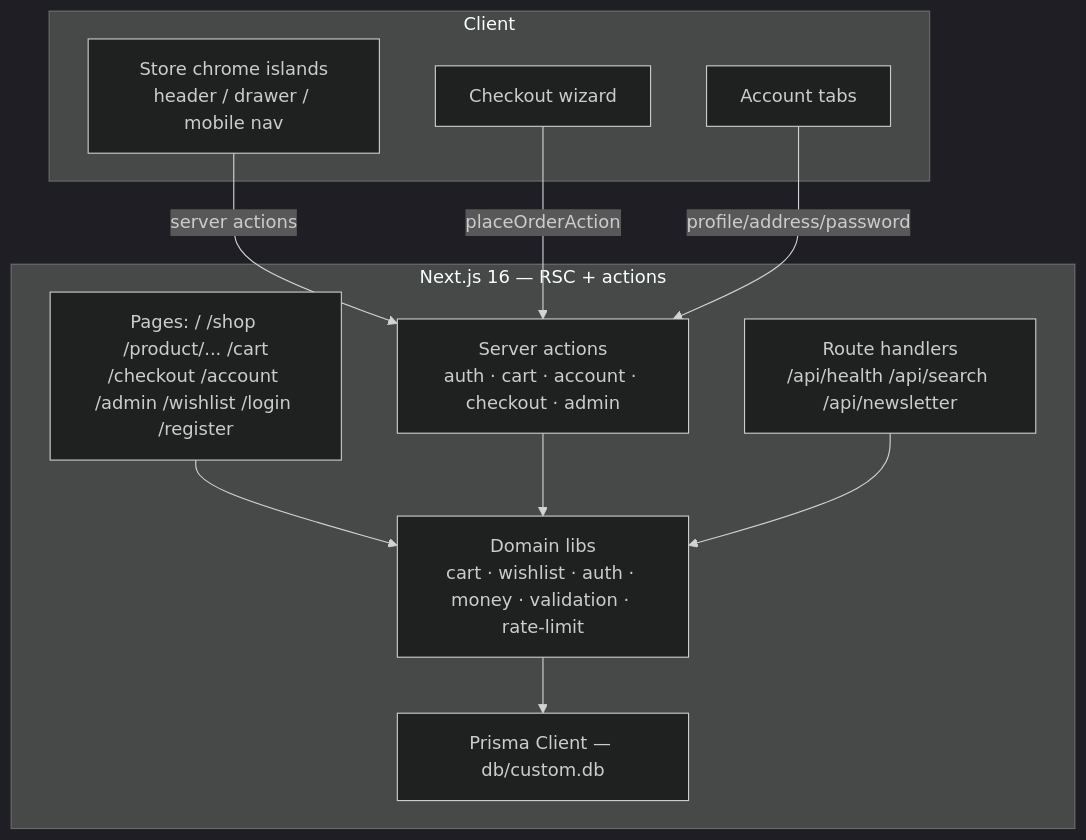
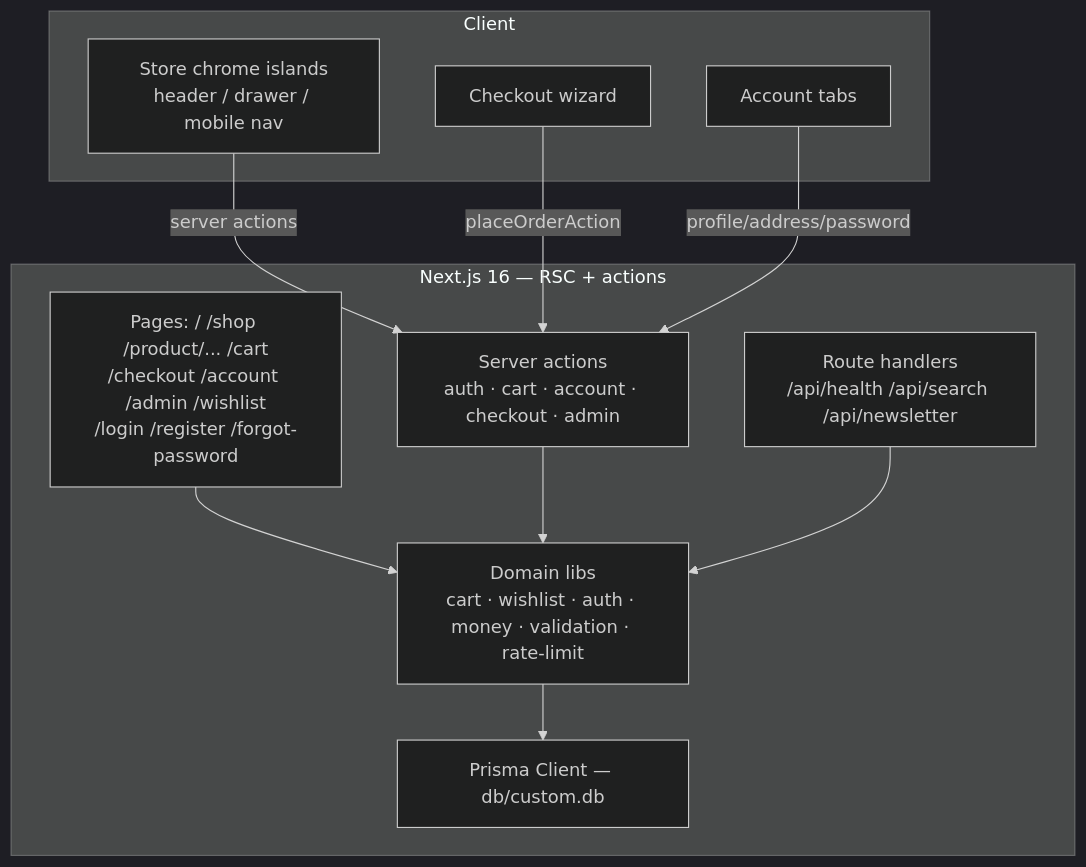
Before and after one commit to nordeim/ecommerce-store: the diagram in README.md, drawn with Mermaid (dark theme). The commit also changed other lines of this file and 36 other files, not shown here.

````diff
--- a/README.md
+++ b/README.md
@@ -55,22 +55,22 @@
 ```mermaid
 flowchart TB
     subgraph Client
         UI[Store chrome islands<br/>header / drawer / mobile nav]
         CO[Checkout wizard]
         AT[Account tabs]
     end
     subgraph NextApp[Next.js 16 — RSC + actions]
-        PAGES[Pages: / /shop /product/... /cart<br/>/checkout /account /admin /wishlist /login /register]
+        PAGES[Pages: / /shop /product/... /cart<br/>/checkout /account /admin /wishlist<br/>/login /register /forgot-password]
         ACTIONS[Server actions<br/>auth · cart · account · checkout · admin]
         RH[Route handlers<br/>/api/health /api/search /api/newsletter]
         LIB[Domain libs<br/>cart · wishlist · auth · money · validation · rate-limit]
         PRISMA[Prisma Client — db/custom.db]
     end
     UI -->|server actions| ACTIONS
     CO -->|placeOrderAction| ACTIONS
     AT -->|profile/address/password| ACTIONS
     PAGES --> LIB
     ACTIONS --> LIB
     RH --> LIB
     LIB --> PRISMA
 ```
````
